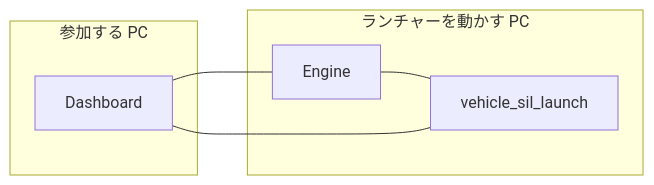
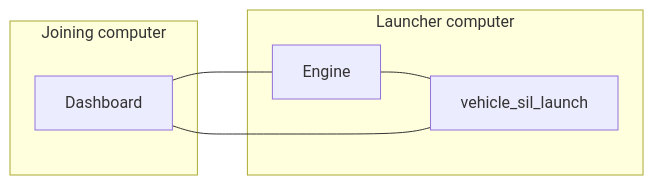
The diagram in docs/howto/multi-pc.md (rahanahu/vehicle-sil), drawn with Mermaid before and after one commit. The commit also changed other lines of this file and 163 other files, not shown here.

````diff
--- a/docs/howto/multi-pc.md
+++ b/docs/howto/multi-pc.md
@@ -37,13 +39,13 @@
 ```mermaid
 flowchart LR
-    subgraph A["ランチャーを動かす PC"]
+    subgraph A["Launcher computer"]
         launch["vehicle_sil_launch"]
         engine["Engine"]
     end
-    subgraph B["参加する PC"]
+    subgraph B["Joining computer"]
         dash["Dashboard"]
     end
     engine --- launch
     dash --- launch
     dash --- engine
 ```
````
